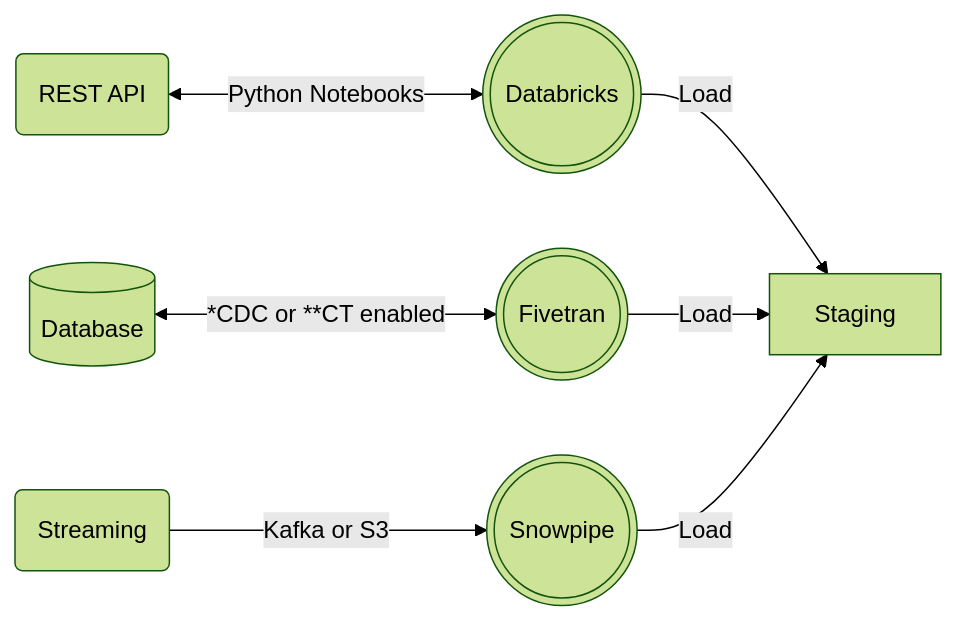
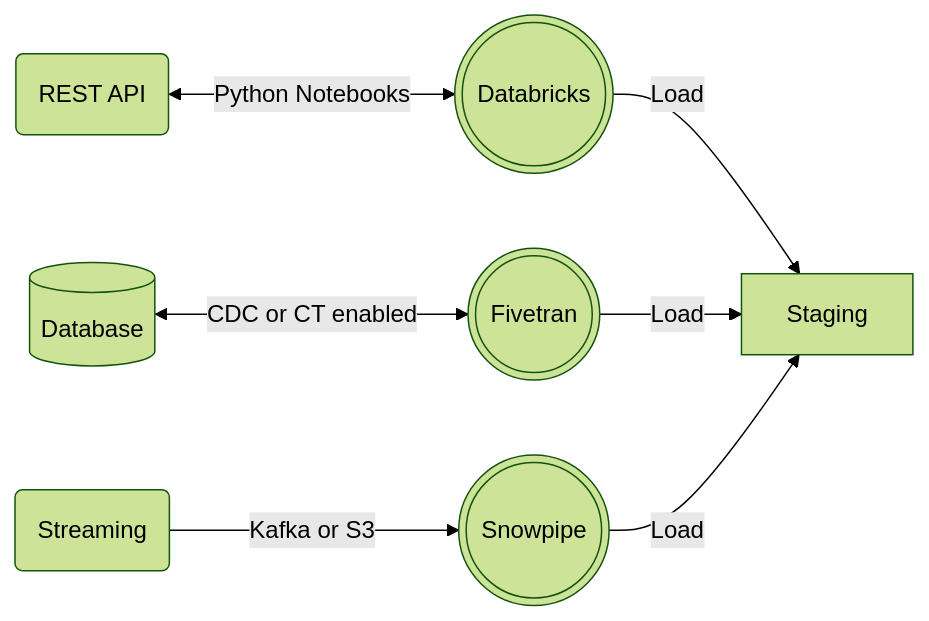
One commit to francesco-quaratino/senior-data-engineer-assignment changed the second of 4 diagrams in Architecture.md. Above: the diagram before and after it, drawn with Mermaid (forest theme). The commit also changed other lines of this file, not shown here.

````diff
--- a/Architecture.md
+++ b/Architecture.md
@@ -73,23 +76,23 @@
 ```mermaid
 
 flowchart LR;
   
   source_api(REST API) <--> 
     |Python Notebooks| databricks(((Databricks)))
 
   source_database[(Database)] <-->
-    |*CDC or **CT enabled| fivetran(((Fivetran)))
+    |CDC or CT enabled| fivetran(((Fivetran)))
 
   source_stream(Streaming) -->
     |Kafka or S3| snowpipe(((Snowpipe)))          
    
   databricks -->
     |Load| Staging
 
   fivetran -->
     |Load| Staging    
     
   snowpipe -->
     |Load| Staging     
    
 ```
````
